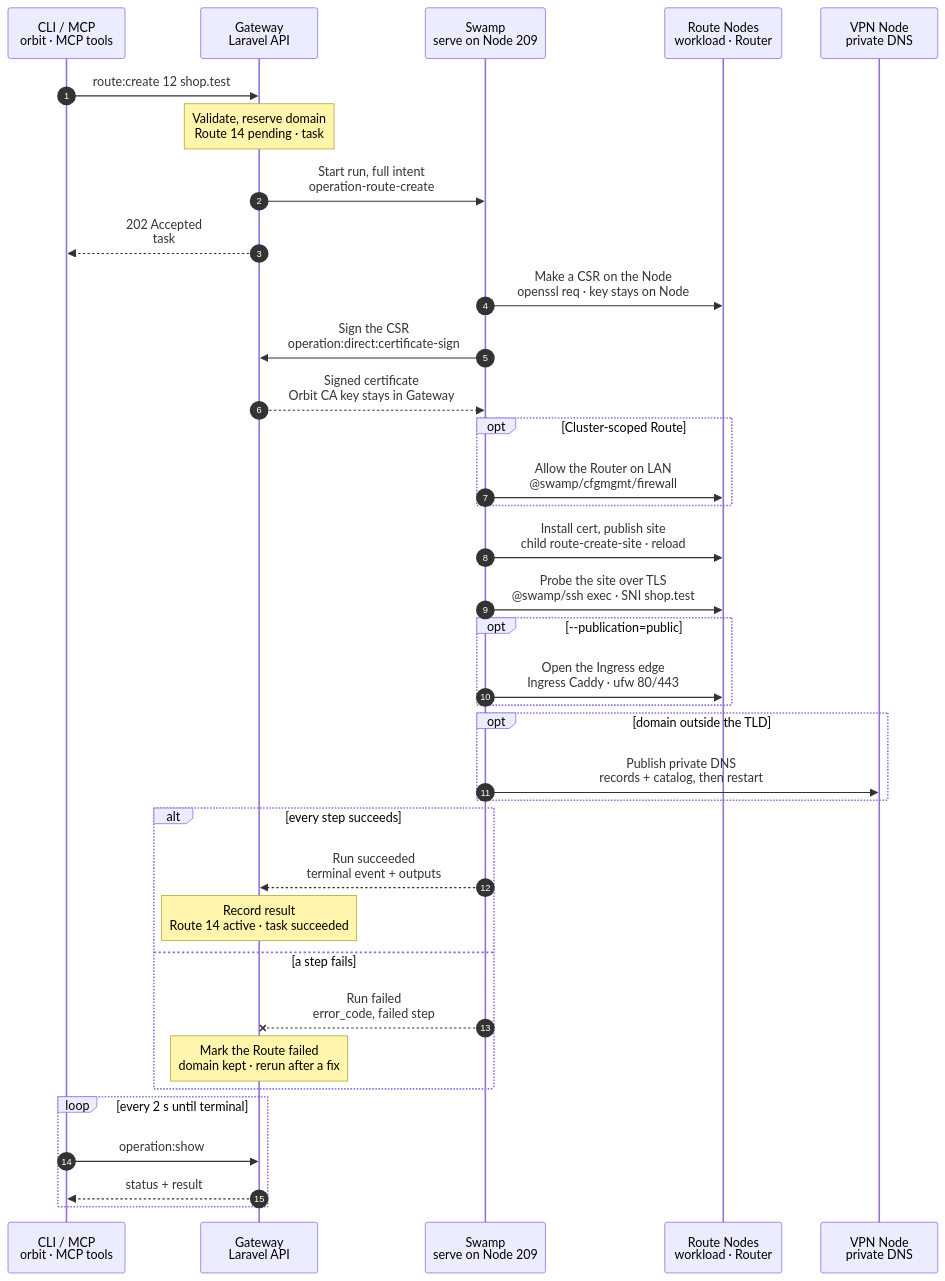
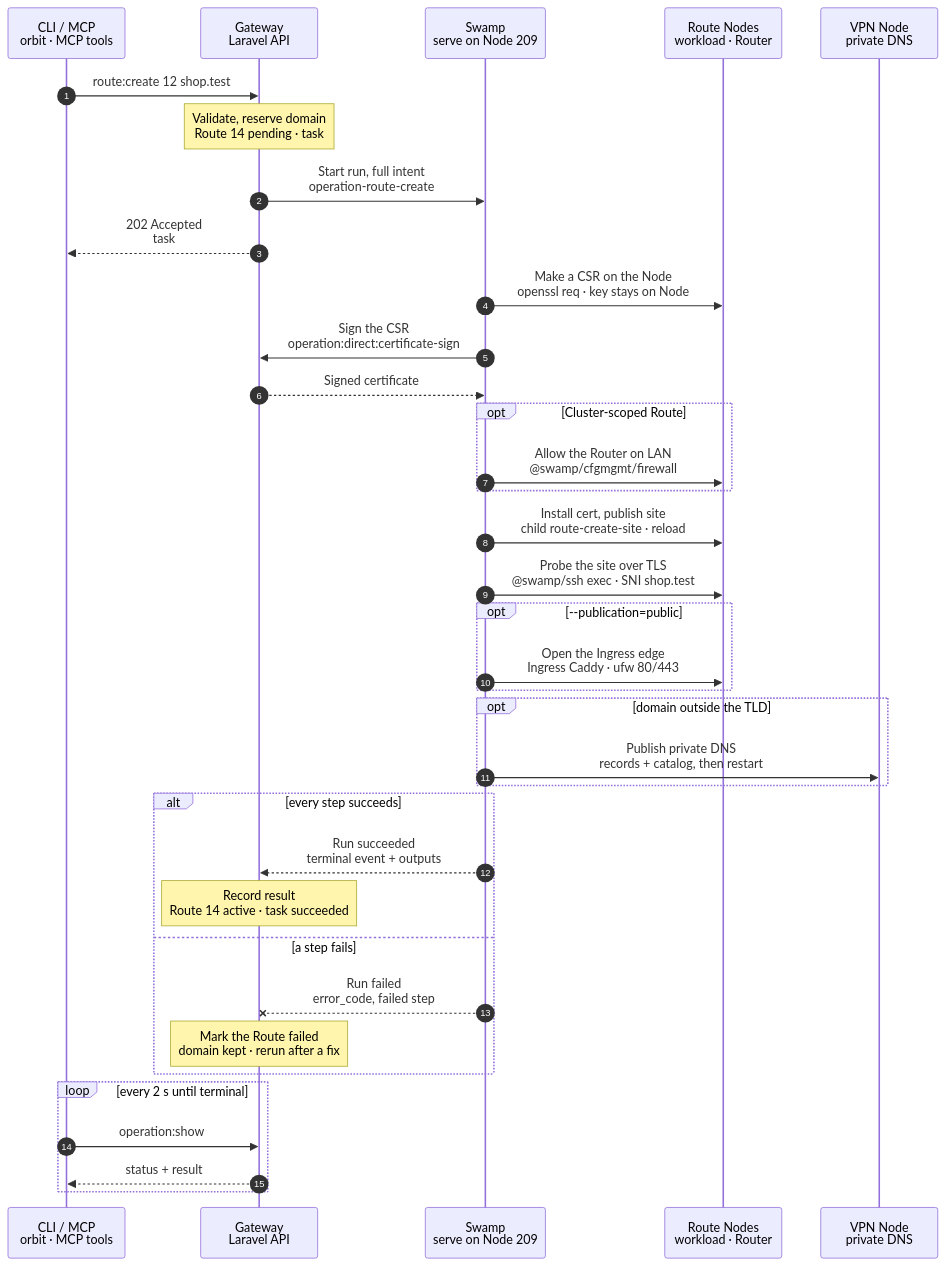
The diagram in docs/cli/route/create.mmd (hardimpactdev/orbit), drawn with Mermaid before and after one commit. The commit also changed 3 other files, not shown here.

Commit message:
test(routes): prove create with a Laravel app and trim its chart

```diff
--- a/docs/cli/route/create.mmd
+++ b/docs/cli/route/create.mmd
@@ -1,168 +1,53 @@
 sequenceDiagram
-  %% Target design: ADR 0244 task, DECISIONS R1-R4, no DNS hold, TLD-wide private DNS, web root at instance:create, cert+site one step (Nick 2026-11-02), firewall.allow shape, Gateway signs CSRs (root-of-trust), single-swamp-node. docs/cli/route.mdx, docs/reference/routes.md.
-  %% Checked: flow-tighten 2026-11-02, rules 14-22 (rule 22: name the cfgmgmt behaviors; no other change).
-  %% Rule 23: 2026-11-03 required-only main path.
+  %% Target design: Nick 2026-11-03, single-swamp-node, rules 14-25.
   %% status: draft
   %% command: route:create
   %% kind: route.create
   autonumber
   %% lane CLI icon=terminal pill=caller tone=gray
   %% lane GW icon=gateway pill=intent tone=blue
   %% lane SW icon=workflow pill=executes tone=green
   %% lane N icon=server pill=target tone=amber
   %% lane V icon=server pill=target tone=purple
   participant CLI as CLI / MCP<br/>orbit · MCP tools
   participant GW as Gateway<br/>Laravel API
   participant SW as Swamp<br/>serve on Node 209
   participant N as Route Nodes<br/>workload · Router
   participant V as VPN Node<br/>private DNS
   CLI->>GW: route:create 12 shop.test
-  %%> Command:
-  %%> - `orbit route:create 12 shop.test`
-  %%> - syntax: `<instance> <domain> [--publication=private|public] [--web-root=PATH]`
-  %%> Other forms:
-  %%> - custom proxy: `<domain> --node=NODE --upstream=URL` or `<domain> --node=NODE --process=PROCESS`
-  %%> - public Process Route: `<domain> --process=PROCESS [--ingress=NODE] --publication=public`
-  %%> Input:
-  %%> - Instance 12 sets the Project and the scope: its Node, or its active Cluster
-  %%> - the domain; the Gateway normalizes it
-  %%> Optional:
-  %%> - `--publication=public`: also opens the Ingress edge; the default is `private`
-  %%> - `--web-root=PATH`: the site serves that directory of the checkout; it adds no step
-  %%> - `--idempotency-key` and `--json` change no step
-  %%> Who can call it:
-  %%> - the `orbit` CLI and the MCP tool send the same request
   Note over GW: Validate, reserve domain<br/>Route 14 pending · task #5120
-  %%> Requirements:
-  %%> - your Node has an access grant to Node 7, the Node of Instance 12
-  %%> - Instance 12 is active and has a supported web root
-  %%> - the domain is valid, free, and not a reserved name such as `gateway.orbit`
-  %%> - Instance 12 has no other Route without a web root (`route.target_conflict`)
-  %%> - a Cluster-scoped Route needs an active Router (`route.router_required`)
-  %%> - a public Route needs production targets and a serving Ingress
-  %%> Locks:
-  %%> - the projection lock and the Instance environment owner of Instance 12
-  %%> - a busy lock is waited for up to 30 s, then `app-dev.projection_busy`
-  %%> Builds:
-  %%> - the Caddy site blocks for every affected Node, the certificate leaves, the LAN tuples and the private DNS records
-  %%> Result:
-  %%> - Route 14 recorded as `pending`, unpublished, with the domain reserved
-  %%> - task #5120 recorded with the full intent
-  %%> - nothing has happened on a Node yet
   GW->>SW: Start run, full intent<br/>operation-route-create
-  %%> What it does:
-  %%> - starts one Swamp run on serve (Node 209)
-  %%> Inputs:
-  %%> - the rendered Caddy blocks before and after, per Node
-  %%> - the certificate leaves: Node, scope, domain, Node user
-  %%> - LAN tuples, DNS records, probes, and each Node's address and SSH host keys
-  %%> - production `.env` material only as vault key names in `orbit-control-inputs` (R3)
-  %%> - the SSH identity comes from the `swamp` role
   GW-->>CLI: 202 Accepted<br/>task #5120
-  %%> What you get:
-  %%> - the task number, at once
-  %%> Next:
-  %%> - the CLI follows the task with `operation:show`
   SW->>N: Make a CSR on the Node<br/>openssl req · key stays on Node
-  %%> How:
-  %%> - Swamp reaches Node 7, and the Router for a Cluster Route, over `@swamp/ssh` from 209
-  %%> What it does:
-  %%> - makes a new private key and a certificate request for `shop.test`
-  %%> - returns only the public CSR to Swamp
-  %%> Why:
-  %%> - the private key never leaves the Node
   SW->>GW: Sign the CSR<br/>operation:direct:certificate-sign
-  %%> What it does:
-  %%> - sends the CSRs with task #5120 and the run id
-  %%> Why:
-  %%> - the Orbit CA key stays in the Gateway; signing is the one step that calls the Gateway
-  %%> Requirements:
-  %%> - the Gateway checks the task, the run, and that each CSR matches an admitted leaf
-  GW-->>SW: Signed certificate<br/>Orbit CA key stays in Gateway
-  %%> Returns:
-  %%> - one public certificate bundle per leaf
+  %%> The Orbit CA key stays in the Gateway.
+  GW-->>SW: Signed certificate
   opt Cluster-scoped Route
     SW->>N: Allow the Router on LAN<br/>@swamp/cfgmgmt/firewall
-    %%> What it does:
-    %%> - on the workload Node, allows TCP 443 from the Router's LAN address
-    %%> - an identical tuple that another Route uses is left as it is
-    %%> - a managed rule goes below the operator rules, so `@swamp/cfgmgmt/firewall` needs no insert position
-    %%> Why:
-    %%> - the Router forwards to the workload over LAN, with no WireGuard fallback
+    %%> The Router reaches workloads over LAN; there is no WireGuard fallback.
   end
   SW->>N: Install cert, publish site<br/>child route-create-site · reload
-  %%> What it does, per Node, in one child run:
-  %%> - installs the signed certificate next to its key, `root:caddy` 0644, and points `current` at it
-  %%> - copies the pair into the account's `~/.orbit/certificates`, which development servers read
-  %%> - trusts the Orbit root, writes the PHP-FPM pools, then the whole Caddyfile
-  %%> - validates the Caddyfile, then reloads Caddy
-  %%> - writes `APP_URL`, or a production `.env` from the vault
-  %%> Until instance:create owns it:
-  %%> - grants Caddy read access to the web root, one `setfacl` per directory
-  %%> How:
-  %%> - `@swamp/cfgmgmt` file, link and line; `caddy validate`, reloads and `setfacl` as `@swamp/ssh exec`
-  %%> Why reload:
-  %%> - a reload keeps open connections; Caddy is never restarted (rule 7)
-  %%> Refuses:
-  %%> - a validation error stops the reload; the written candidate stays for convergence
-  %%> Why one step:
-  %%> - same Node, back to back; the certificate never sits on the Node without its site
+  %%> A validation error stops the reload; the written candidate stays for convergence.
   SW->>N: Probe the site over TLS<br/>@swamp/ssh exec · SNI shop.test
-  %%> What it does:
-  %%> - runs one pinned SSH argv on 209, connecting to the workload or Router on port 443 with the Route domain as SNI
-  %%> - requires a chain the Orbit root trusts
-  %%> Why:
-  %%> - the Route only counts as served when the probe passes
-  %%> Not included:
-  %%> - the application's own HTTP answer; a 500 does not fail the Route
+  %%> Runs from 209; an HTTP 500 does not fail the TLS check.
   opt --publication=public
     SW->>N: Open the Ingress edge<br/>Ingress Caddy · ufw 80/443
-    %%> What it does:
-    %%> - publishes the public site on the Ingress, with `tls force_automate` for Let's Encrypt
-    %%> - opens `orbit:ingress-http` and `orbit:ingress-https` when they are closed
-    %%> Not included:
-    %%> - the public DNS record; you create it yourself
-    %%> - waiting for Let's Encrypt; Caddy retries on its own
+    %%> Public DNS is operator-managed. Caddy retries Let's Encrypt by itself.
   end
   opt domain outside the TLD
     SW->>V: Publish private DNS<br/>records + catalog, then restart
-    %%> What it does:
-    %%> - adds the domain, for example `shop.nick.dev`, pointing at Node 7, or at the Router for a Cluster Route
-    %%> - writes the records and the catalog with `@swamp/cfgmgmt/file`, then restarts dnsmasq; it reads records only at start
-    %%> Order:
-    %%> - DNS goes last, so a name only resolves when its site serves
-    %%> When:
-    %%> - only when the domain is outside the TLD of Node 7 or its Cluster
-    %%> - `shop.test` needs no record: private DNS already answers all of `.test` with Node 7
+    %%> DNS goes last. Inside the TLD, private DNS already answers the whole zone.
+    %%> dnsmasq reads records only at startup.
   end
   alt every step succeeds
     SW-->>GW: Run succeeded<br/>terminal event + outputs
-    %%> How the Gateway learns it:
-    %%> - its shared run reader sees the terminal event; Swamp never calls the Gateway
     Note over GW: Record result<br/>Route 14 active · task succeeded
-    %%> Result:
-    %%> - Route 14 becomes `active` and Instance 12 shows `https://shop.test`
-    %%> - task #5120 succeeds
   else a step fails
     SW--xGW: Run failed<br/>error_code, failed step
-    %%> The Gateway reads:
-    %%> - which step failed and its error code
     Note over GW: Mark the Route failed<br/>domain kept · rerun after a fix
-    %%> Result:
-    %%> - Route 14 is marked `failed` with `failed_step` and `error_code`; the domain stays reserved
-    %%> - task #5120 fails
-    %%> On the Node:
-    %%> - what the run added stays; there is no rollback
-    %%> - that is safe: Route 14 shows `failed`, and a rerun converges the same state
-    %%> Retry:
-    %%> - run the same command again after fixing the cause; it is a new task and skips finished steps
-    %%> - to give up instead, run `route:destroy 14`; it removes what the run added
+    %%> There is no rollback. Rerun to converge, or route:destroy to remove what was added.
   end
   loop every 2 s until terminal
     CLI->>GW: operation:show #5120
-    %%> What it does:
-    %%> - asks for the task's status every 2 seconds until it has ended
     GW-->>CLI: status + result
-    %%> Returns:
-    %%> - the current status, and the result once the task has ended
   end
```
